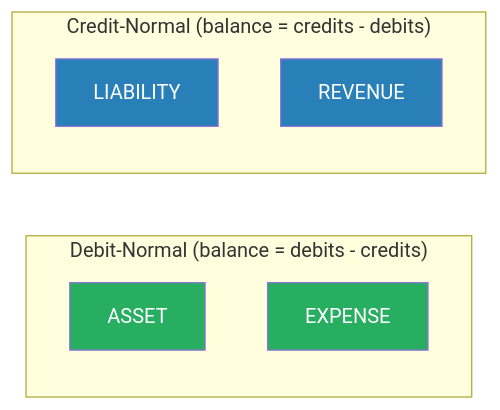
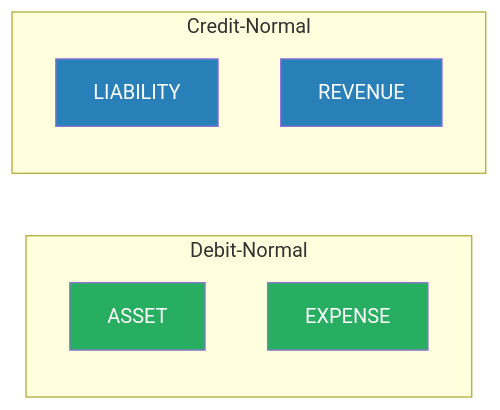
One commit to dremdem/illuminati changed the second of 2 diagrams in docs/domain-model.md. Above: the diagram before and after it, drawn with Mermaid.

Commit message:
fix: shorten Mermaid subgraph titles in domain model diagram

````diff
--- a/docs/domain-model.md
+++ b/docs/domain-model.md
@@ -128,16 +128,16 @@
 ```mermaid
 graph LR
-    subgraph "Debit-Normal (balance = debits - credits)"
+    subgraph "Debit-Normal"
         A[ASSET]
         E[EXPENSE]
     end
-    subgraph "Credit-Normal (balance = credits - debits)"
+    subgraph "Credit-Normal"
         L[LIABILITY]
         R[REVENUE]
     end
 
     style A fill:#27ae60,color:#fff
     style E fill:#27ae60,color:#fff
     style L fill:#2980b9,color:#fff
     style R fill:#2980b9,color:#fff
 ```
````
